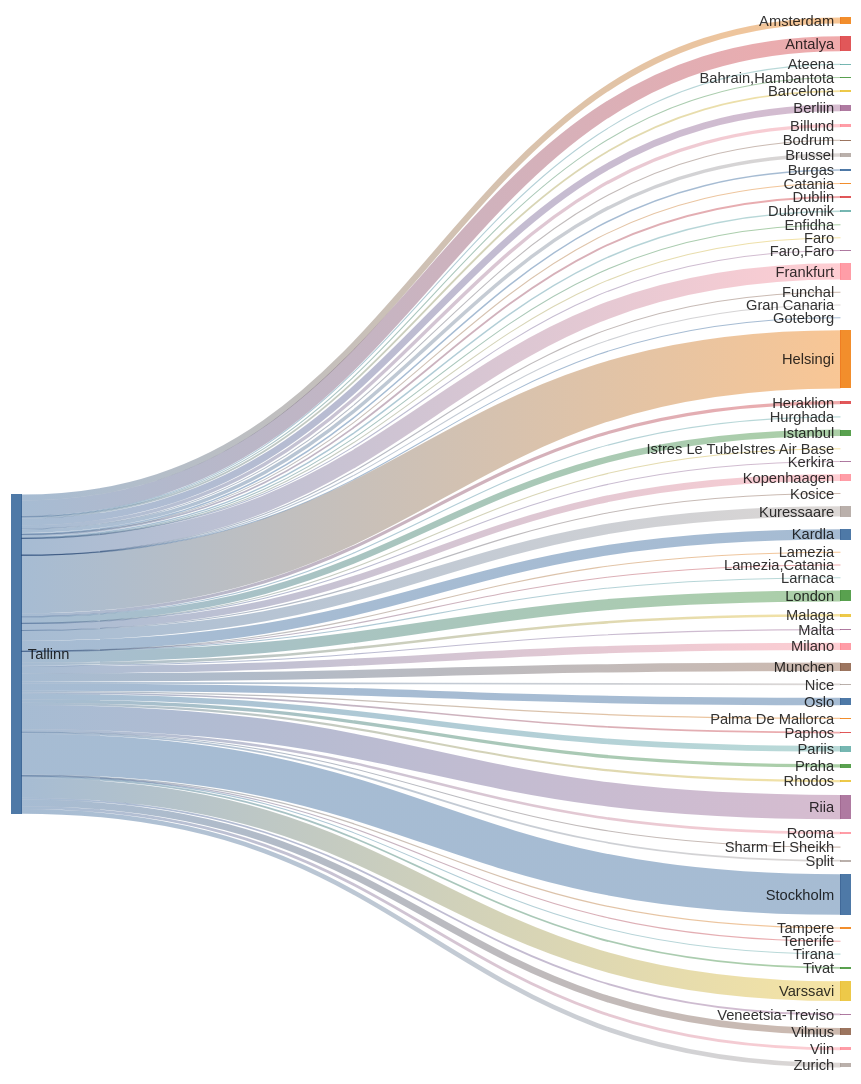
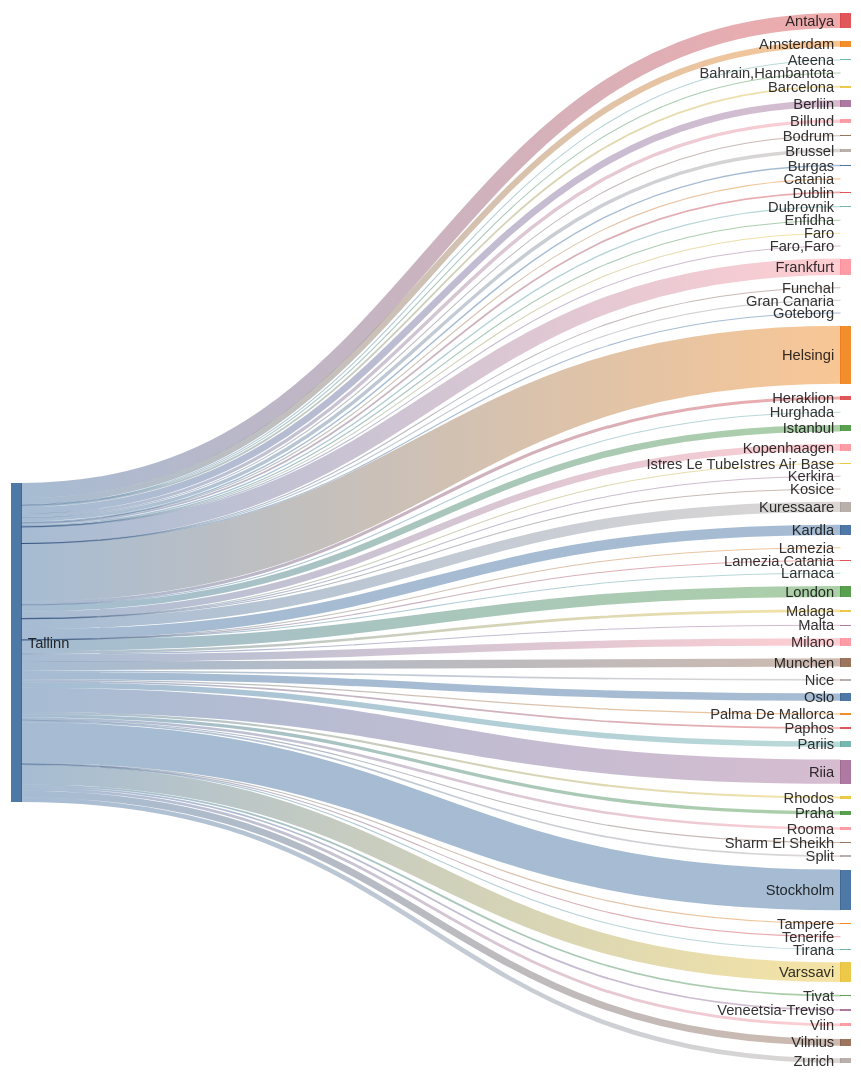
One commit to rainermesi/tll-airport-departures changed the second of 2 diagrams in README.md. Above: the diagram before and after it, drawn with Mermaid. The commit also changed other lines of this file, not shown here.

````diff
--- a/README.md
+++ b/README.md
@@ -34,72 +34,72 @@
 ```mermaid
 ---
 config:
   sankey:
     showValues: false
     width: 800
     height: 1000
 ---
 sankey-beta
 %% source,target,value
-Tallinn,Amsterdam,89
-Tallinn,Antalya,220
+Tallinn,Amsterdam,90
+Tallinn,Antalya,223
 Tallinn,Ateena,15
 Tallinn,"Bahrain,Hambantota",1
-Tallinn,Barcelona,26
+Tallinn,Barcelona,27
 Tallinn,Berliin,99
 Tallinn,Billund,49
 Tallinn,Bodrum,11
 Tallinn,Brussel,51
 Tallinn,Burgas,21
 Tallinn,Catania,2
 Tallinn,Dublin,26
 Tallinn,Dubrovnik,21
 Tallinn,Enfidha,7
 Tallinn,Faro,4
 Tallinn,"Faro,Faro",1
-Tallinn,Frankfurt,240
+Tallinn,Frankfurt,242
 Tallinn,Funchal,2
 Tallinn,Gran Canaria,1
 Tallinn,Goteborg,1
-Tallinn,Helsingi,847
+Tallinn,Helsingi,856
 Tallinn,Heraklion,46
-Tallinn,Hurghada,3
-Tallinn,Istanbul,94
+Tallinn,Hurghada,4
+Tallinn,Istanbul,95
 Tallinn,Istres Le TubeIstres Air Base,2
 Tallinn,Kerkira,4
-Tallinn,Kopenhaagen,98
+Tallinn,Kopenhaagen,99
 Tallinn,Kosice,1
-Tallinn,Kuressaare,151
-Tallinn,Kardla,151
+Tallinn,Kuressaare,153
+Tallinn,Kardla,153
 Tallinn,Lamezia,1
 Tallinn,"Lamezia,Catania",3
 Tallinn,Larnaca,3
-Tallinn,London,161
+Tallinn,London,163
 Tallinn,Malaga,37
 Tallinn,Malta,13
-Tallinn,Milano,107
-Tallinn,Munchen,121
+Tallinn,Milano,109
+Tallinn,Munchen,122
 Tallinn,Nice,25
 Tallinn,Oslo,107
 Tallinn,Palma De Mallorca,19
 Tallinn,Paphos,25
 Tallinn,Pariis,81
 Tallinn,Praha,49
 Tallinn,Rhodos,32
-Tallinn,Riia,353
+Tallinn,Riia,357
 Tallinn,Rooma,38
-Tallinn,Sharm El Sheikh,5
+Tallinn,Sharm El Sheikh,6
 Tallinn,Split,25
-Tallinn,Stockholm,592
+Tallinn,Stockholm,599
 Tallinn,Tampere,17
 Tallinn,Tenerife,1
 Tallinn,Tirana,8
 Tallinn,Tivat,26
-Tallinn,Varssavi,286
+Tallinn,Varssavi,289
 Tallinn,Veneetsia-Treviso,26
 Tallinn,Viin,42
-Tallinn,Vilnius,99
+Tallinn,Vilnius,101
 Tallinn,Zurich,67
 
 
 ```
````
